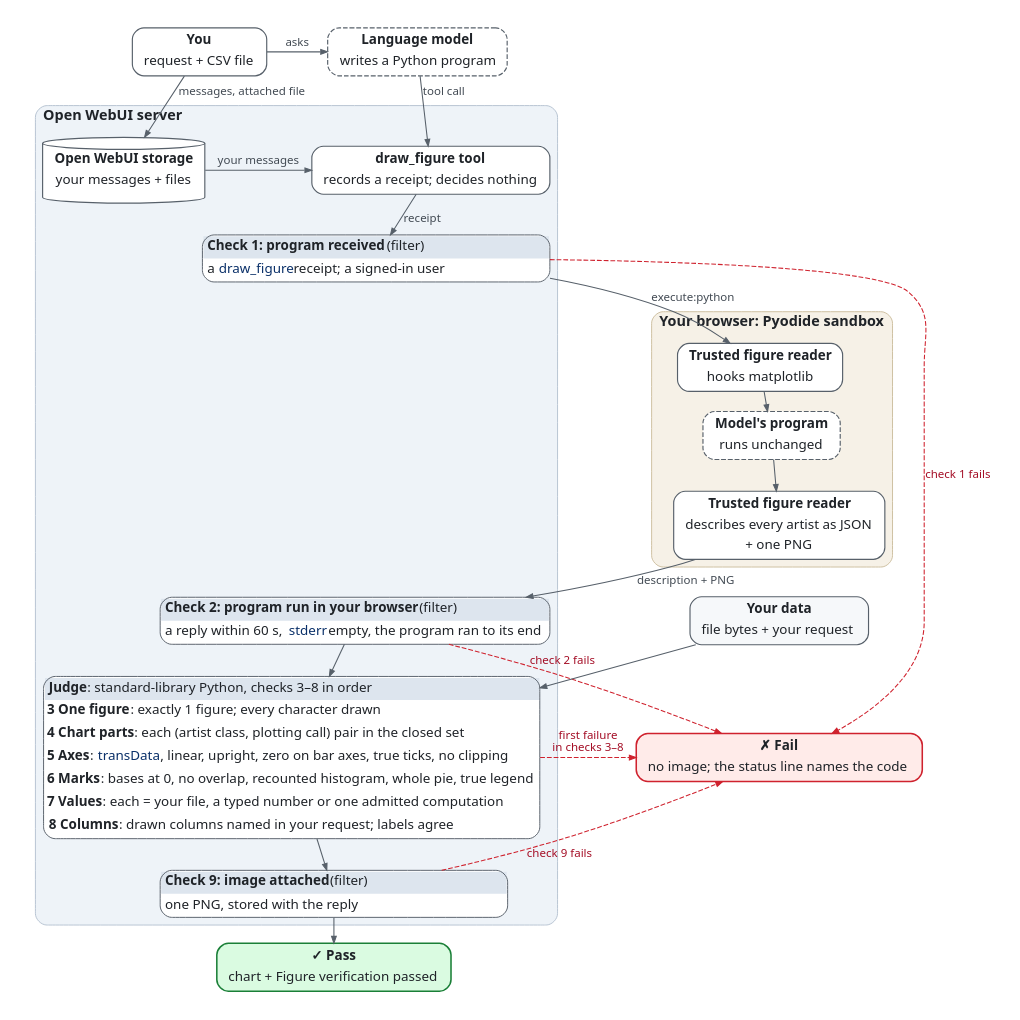
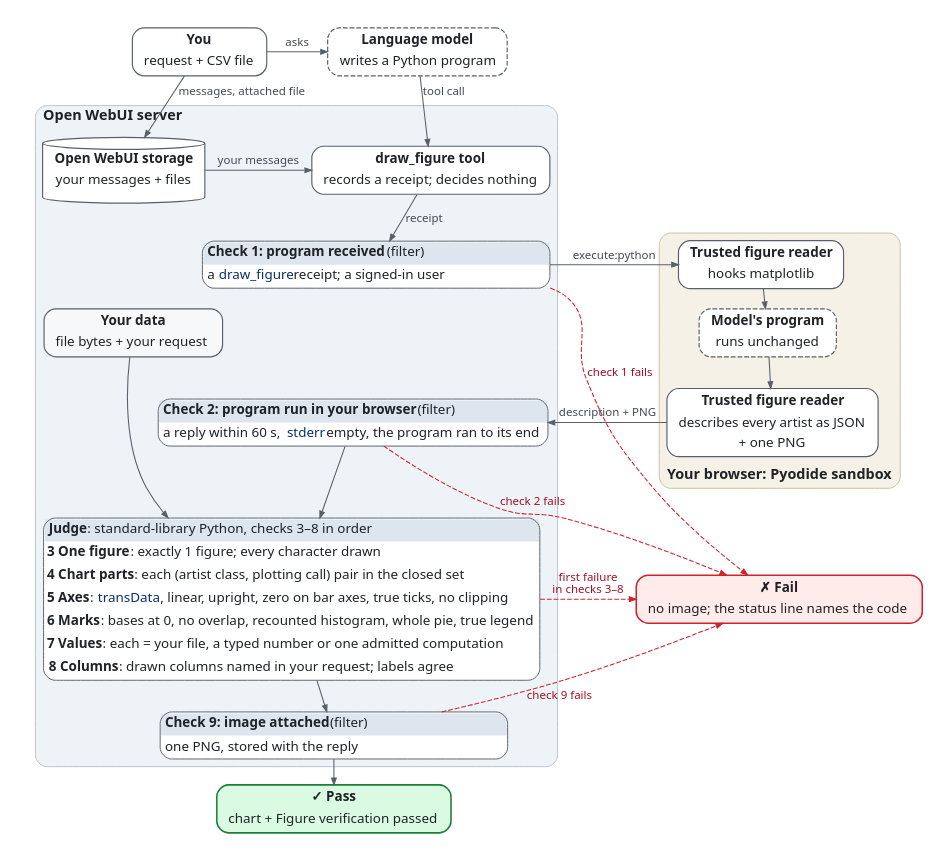
The diagram in docs/diagrams/verifier.dot (eturkes/figure-verification), drawn with Graphviz before and after one commit. The commit also changed 5 other files, not shown here.

```diff
--- a/docs/diagrams/verifier.dot
+++ b/docs/diagrams/verifier.dot
@@ -1,74 +1,76 @@
 // SPDX-License-Identifier: Apache-2.0 WITH LLVM-exception
 // How the figure verifier decides: the pipeline, one summary card per check. Rendered to
 // verifier.svg by tools/render_diagrams.py; every rule = the tables of docs/checks.md.
 digraph verifier {
   graph [fontname="Noto Sans", fontsize=15, fontcolor="#1f2328", bgcolor="white",
          pad=0.3, nodesep=0.35, ranksep=0.28, newrank=true, compound=true];
   node [fontname="Noto Sans", fontsize=14, fontcolor="#1f2328", shape=box,
         style="rounded,filled", fillcolor="white", color="#57606a", penwidth=1.2,
         margin="0.15,0.06"];
   edge [fontname="Noto Sans", fontsize=12, fontcolor="#424a53", color="#57606a",
         arrowsize=0.7, penwidth=1.1];
 
   you [label=<<table border="0" cellborder="0" cellspacing="0" cellpadding="1"><tr><td height="21"><b>You</b></td></tr><tr><td height="21">request + CSV file</td></tr></table>>];
   model [label=<<table border="0" cellborder="0" cellspacing="0" cellpadding="1"><tr><td height="21"><b>Language model</b></td></tr><tr><td height="21">writes a Python program</td></tr></table>>, style="rounded,dashed"];
 
   subgraph cluster_server {
     label=<<b>Open WebUI server</b>>; labeljust=l; style="rounded,filled";
     fillcolor="#eef3f8"; color="#b6c3d1";
     storage [label=<<table border="0" cellborder="0" cellspacing="0" cellpadding="1"><tr><td height="21"><b>Open WebUI storage</b></td></tr><tr><td height="21">your messages + files</td></tr></table>>, shape=cylinder, style=filled];
     tool [label=<<table border="0" cellborder="0" cellspacing="0" cellpadding="1"><tr><td height="21"><b>draw_figure tool</b></td></tr><tr><td height="21">records a receipt; decides nothing</td></tr></table>>];
     c1 [shape=plain, label=<<table border="1" cellborder="0" cellspacing="0" cellpadding="2" style="rounded" color="#57606a" bgcolor="white">
         <tr><td align="left" bgcolor="#dde5ee" cellpadding="4"><b>Check 1: program received</b> (filter)</td></tr>
         <tr><td align="left" width="360" height="24" cellpadding="4">a <font color="#0a3069">draw_figure</font> receipt; a signed-in user</td></tr></table>>];
     c2 [shape=plain, label=<<table border="1" cellborder="0" cellspacing="0" cellpadding="2" style="rounded" color="#57606a" bgcolor="white">
         <tr><td align="left" bgcolor="#dde5ee" cellpadding="4"><b>Check 2: program run in your browser</b> (filter)</td></tr>
         <tr><td align="left" width="360" height="24" cellpadding="4">a reply within 60 s, <font color="#0a3069">stderr</font> empty, the program ran to its end</td></tr></table>>];
 
     judge [shape=plain, label=<<table border="1" cellborder="0" cellspacing="0" cellpadding="2" style="rounded" color="#57606a" bgcolor="white">
         <tr><td align="left" bgcolor="#dde5ee" cellpadding="4"><b>Judge</b>: standard-library Python, checks 3–8 in order</td></tr>
         <tr><td align="left" height="24"><b>3 One figure</b>: exactly 1 figure; every character drawn</td></tr>
         <tr><td align="left" height="24"><b>4 Chart parts</b>: each (artist class, plotting call) pair in the closed set</td></tr>
         <tr><td align="left" height="24"><b>5 Axes</b>: <font color="#0a3069">transData</font>, linear, upright, zero on bar axes, true ticks, no clipping</td></tr>
         <tr><td align="left" height="24"><b>6 Marks</b>: bases at 0, no overlap, recounted histogram, whole pie, true legend</td></tr>
         <tr><td align="left" height="24"><b>7 Values</b>: each = your file, a typed number or one admitted computation</td></tr>
         <tr><td align="left" height="24" cellpadding="4"><b>8 Columns</b>: drawn columns named in your request; labels agree</td></tr></table>>];
 
+    data [label=<<table border="0" cellborder="0" cellspacing="0" cellpadding="1"><tr><td height="21"><b>Your data</b></td></tr><tr><td height="21">file bytes + your request</td></tr></table>>, fillcolor="#f6f8fa"];
     c9 [shape=plain, label=<<table border="1" cellborder="0" cellspacing="0" cellpadding="2" style="rounded" color="#57606a" bgcolor="white">
         <tr><td align="left" bgcolor="#dde5ee" cellpadding="4"><b>Check 9: image attached</b> (filter)</td></tr>
         <tr><td align="left" width="360" height="24" cellpadding="4">one PNG, stored with the reply</td></tr></table>>];
   }
 
   subgraph cluster_browser {
-    label=<<b>Your browser: Pyodide sandbox</b>>; labeljust=l; style="rounded,filled";
+    label=<<b>Your browser: Pyodide sandbox</b>>; labeljust=l; labelloc=b; style="rounded,filled";
     fillcolor="#f6f1e7"; color="#cdbf9f";
     hook [label=<<table border="0" cellborder="0" cellspacing="0" cellpadding="1"><tr><td height="21"><b>Trusted figure reader</b></td></tr><tr><td height="21">hooks matplotlib</td></tr></table>>];
     program [label=<<table border="0" cellborder="0" cellspacing="0" cellpadding="1"><tr><td height="21"><b>Model's program</b></td></tr><tr><td height="21">runs unchanged</td></tr></table>>, style="rounded,dashed,filled"];
     describe [label=<<table border="0" cellborder="0" cellspacing="0" cellpadding="1"><tr><td height="21"><b>Trusted figure reader</b></td></tr><tr><td height="21">describes every artist as JSON</td></tr><tr><td height="21">+ one PNG</td></tr></table>>];
   }
 
-  data [label=<<table border="0" cellborder="0" cellspacing="0" cellpadding="1"><tr><td height="21"><b>Your data</b></td></tr><tr><td height="21">file bytes + your request</td></tr></table>>, fillcolor="#f6f8fa"];
   pass [label=<<table border="0" cellborder="0" cellspacing="0" cellpadding="1"><tr><td height="21"><b>✓ Pass</b></td></tr><tr><td height="21">chart + Figure verification passed</td></tr></table>>, color="#1a7f37", fillcolor="#dafbe1", penwidth=1.6];
   fail [label=<<table border="0" cellborder="0" cellspacing="0" cellpadding="1"><tr><td height="21"><b>✗ Fail</b></td></tr><tr><td height="21">no image; the status line names the code</td></tr></table>>, color="#cf222e", fillcolor="#ffebe9", penwidth=1.6];
 
   { rank=same; you; model; }
   { rank=same; storage; tool; }
+  { rank=same; c1; hook; }
+  { rank=same; c2; describe; }
+  { rank=same; data; program; }
   { rank=same; judge; fail; }
 
   you -> model [label="asks"];
   you -> storage [label="messages, attached file"];
   model -> tool [label="tool call"];
   storage -> tool [label="your messages"];
   tool -> c1 [label="receipt"];
   c1 -> hook [label="execute:python"];
   hook -> program -> describe;
   describe -> c2 [label="description + PNG"];
   c2 -> judge -> c9 -> pass;
   data -> judge;
-  describe -> data -> fail [style=invis, weight=8];
   edge [color="#cf222e", fontcolor="#a40e26", style=dashed];
   c1 -> fail [label="check 1 fails"];
   c2 -> fail [label="check 2 fails"];
   judge -> fail [label="first failure\nin checks 3–8"];
   c9 -> fail [label="check 9 fails"];
 }
```
